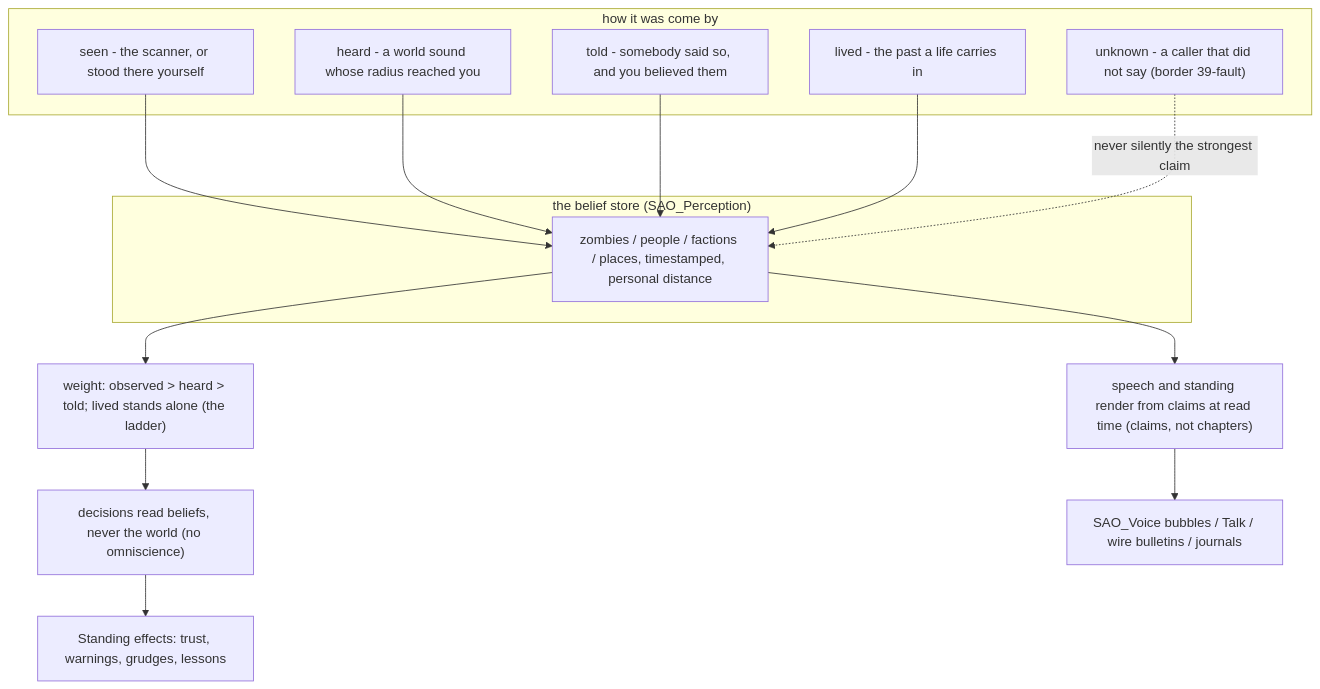
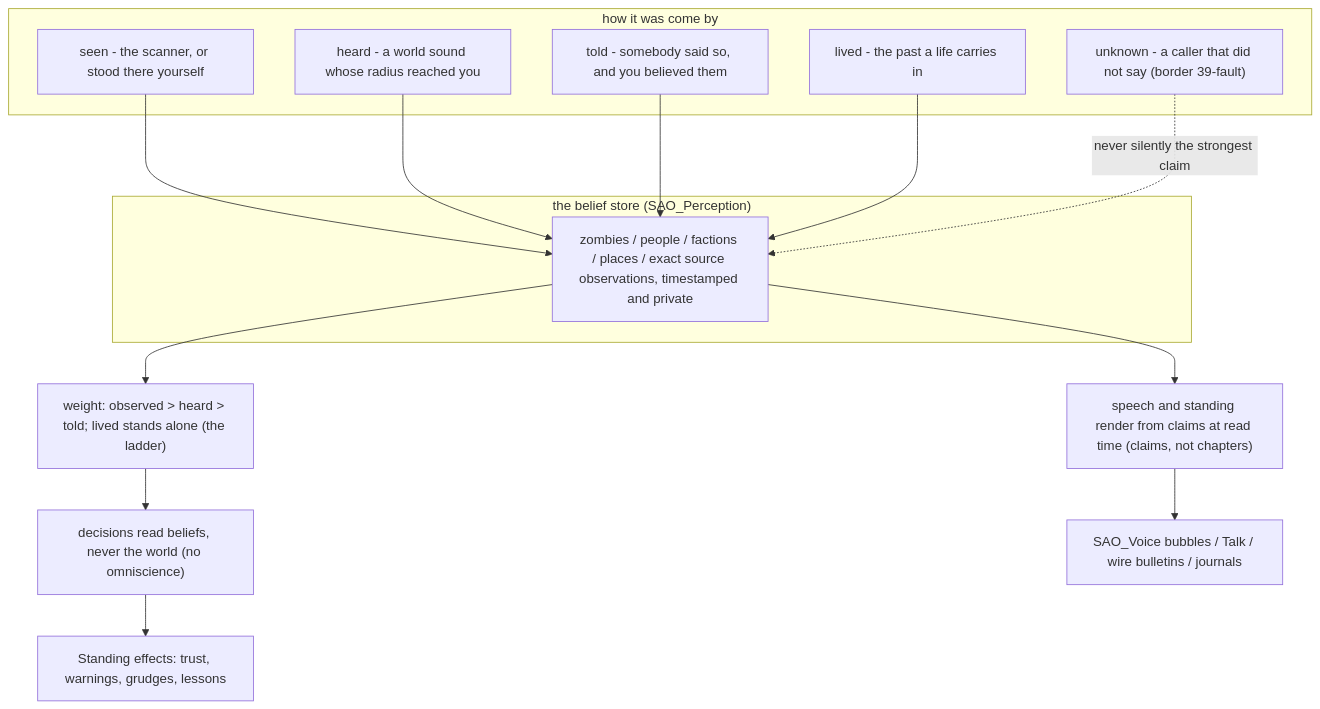
Before and after one commit to ellyj3rain/sao: the second of 3 diagrams in MAPS.md, drawn with Mermaid. The commit also changed other lines of this file and 68 other files, not shown here.

````diff
--- a/MAPS.md
+++ b/MAPS.md
@@ -91,23 +97,23 @@
 ```mermaid
 flowchart TD
     subgraph Src["how it was come by"]
         OBS["seen - the scanner, or stood there yourself"]
         HRD["heard - a world sound whose radius reached you"]
         TLD["told - somebody said so, and you believed them"]
         LVD["lived - the past a life carries in"]
         UNK["unknown - a caller that did not say (border 39-fault)"]
     end
     subgraph Bel["the belief store (SAO_Perception)"]
-        B1["zombies / people / factions / places, timestamped, personal distance"]
+        B1["zombies / people / factions / places / exact source observations, timestamped and private"]
     end
     OBS --> B1
     HRD --> B1
     TLD --> B1
     LVD --> B1
     UNK -. "never silently the strongest claim" .-> B1
     B1 --> WGT["weight: observed > heard > told; lived stands alone (the ladder)"]
     WGT --> ACT["decisions read beliefs, never the world (no omniscience)"]
     B1 --> SPH["speech and standing render from claims at read time (claims, not chapters)"]
     ACT --> STA2["Standing effects: trust, warnings, grudges, lessons"]
     SPH --> SPH2["SAO_Voice bubbles / Talk / wire bulletins / journals"]
 ```
````
